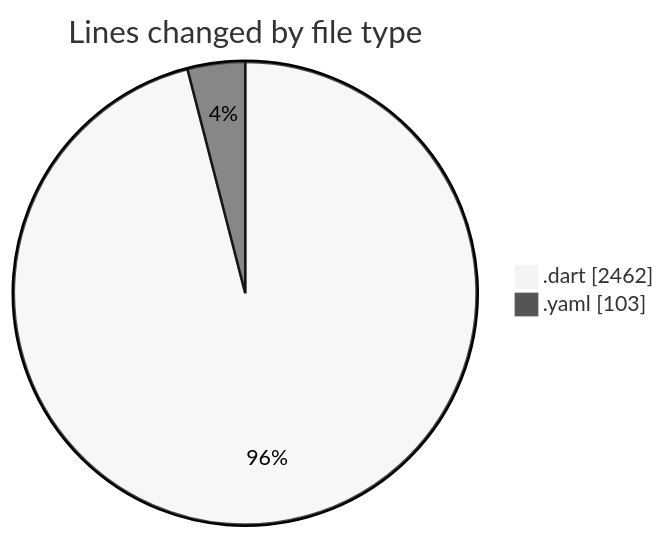
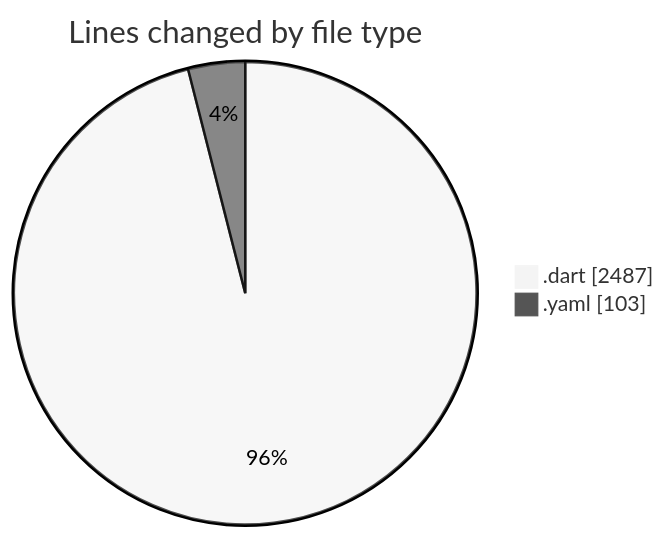
One commit to donsfak/code-tracking changed the first of 2 diagrams in 2025-02-25/trackers_app/README.md. Above: the diagram before and after it, drawn with Mermaid (neutral theme). The commit also changed other lines of this file and 1 other file, not shown here.

````diff
--- a/2025-02-25/trackers_app/README.md
+++ b/2025-02-25/trackers_app/README.md
@@ -33,6 +33,6 @@
 ```mermaid
 pie showData
 title Lines changed by file type
-".dart" : 2462
+".dart" : 2487
 ".yaml" : 103
 ```
````
